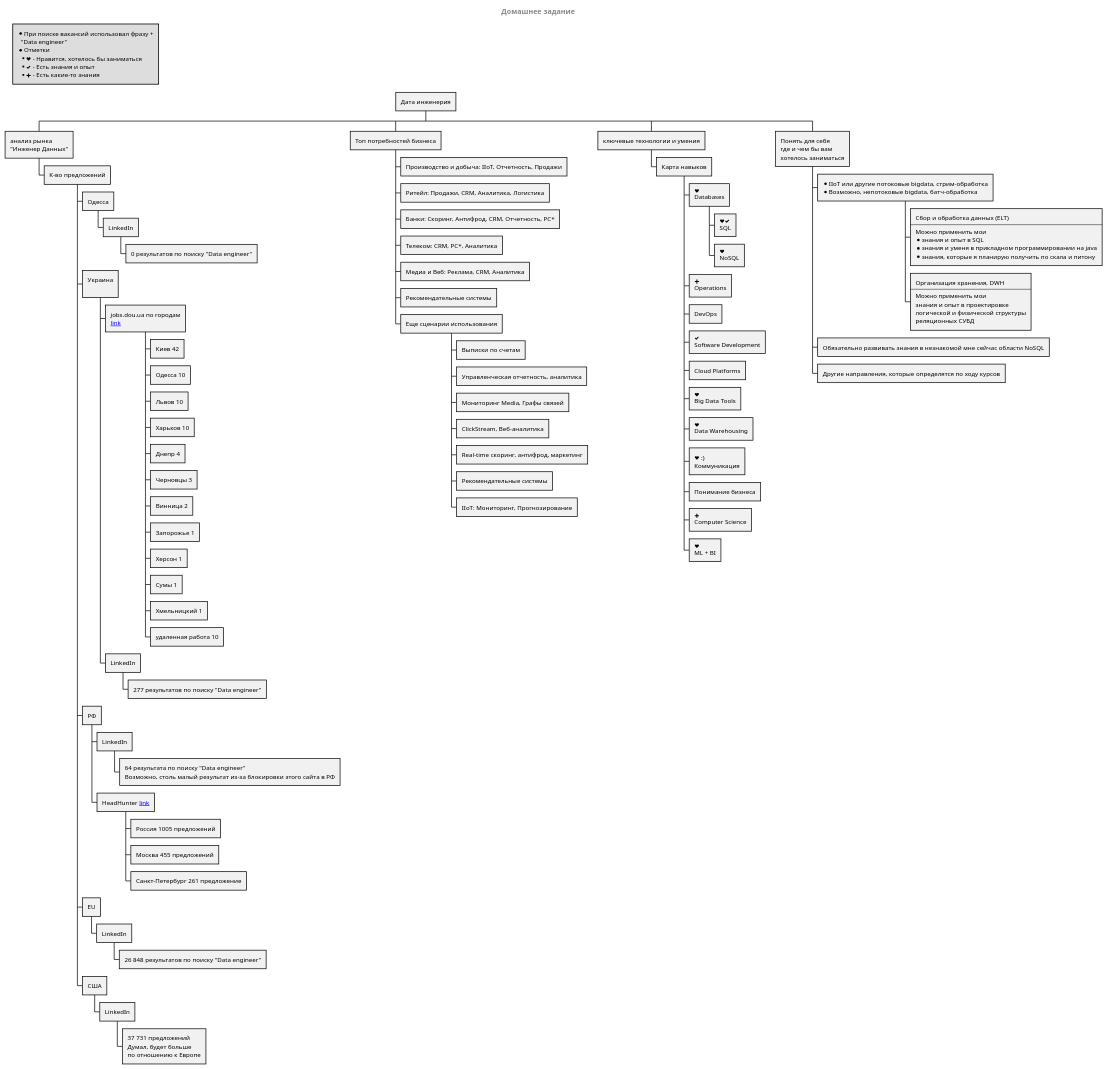
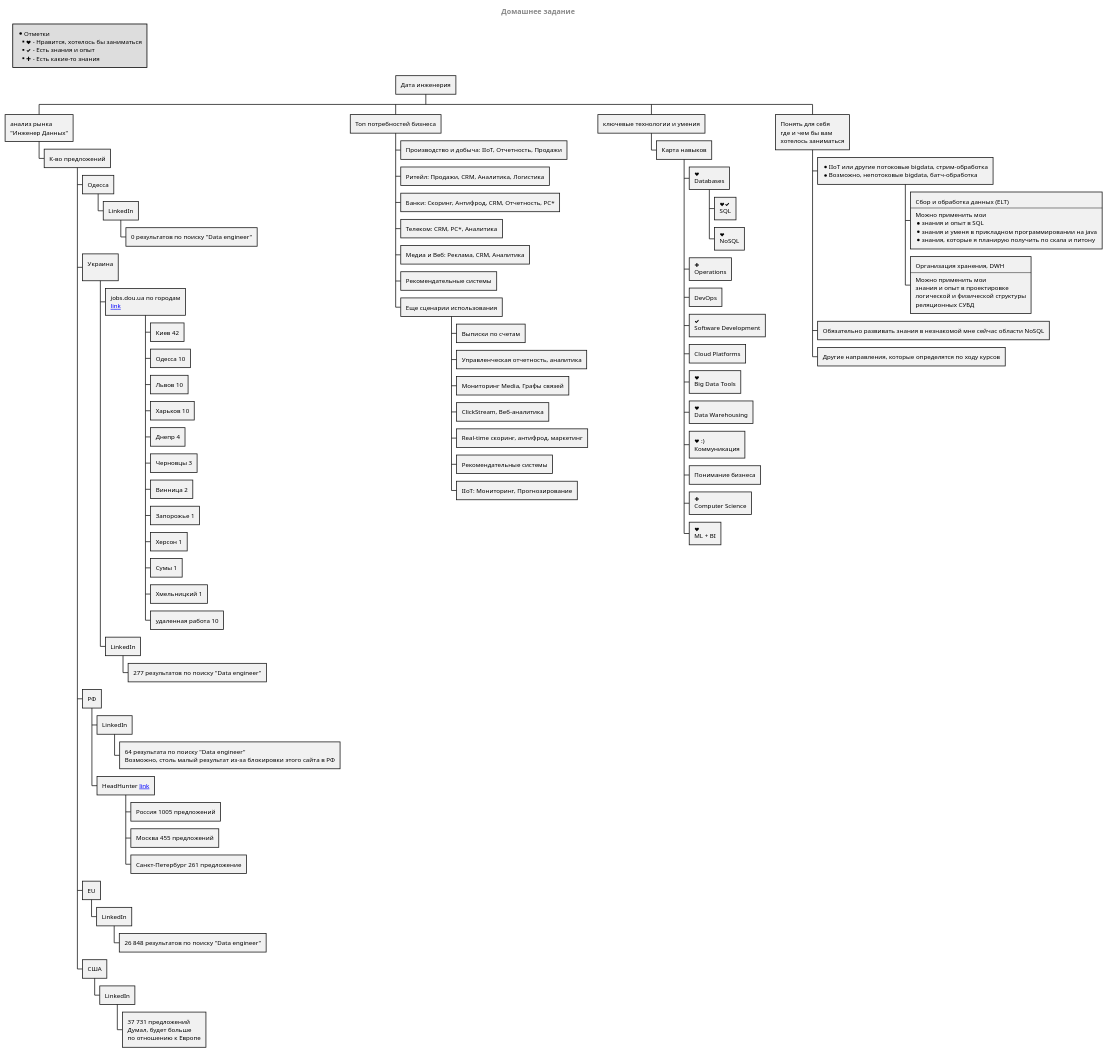
One commit to tol2000/dataengineerclub changed the diagram in home_exercises/ex1/diagram1.puml. Above: the diagram before and after it, drawn with PlantUML. The commit also changed 1 other file, not shown here.

```diff
--- a/home_exercises/ex1/diagram1.puml
+++ b/home_exercises/ex1/diagram1.puml
@@ -1,92 +1,90 @@
 @startwbs
 
 centerheader
 = Домашнее задание
 endheader
 
 legend top left
-* При поиске вакансий использовал фразу +
-  "Data engineer"
 * Отметки
 ** <&heart> - Нравится, хотелось бы заниматься
 ** <&check> - Есть знания и опыт
 ** <&plus> - Есть какие-то знания
 endlegend
 
 * Дата инженерия
 
 ** анализ рынка\n"Инженер Данных"
 *** К-во предложений
 **** Одесса
 ***** LinkedIn
 ****** 0 результатов по поиску "Data engineer"
 **** Украина\n
 ***** jobs.dou.ua по городам\n[[link:https://jobs.dou.ua/vacancies/?category=Data+Science&search=Data+engineer&descr=1 link]]
 ****** Киев 42
 ****** Одесса 10
 ****** Львов 10
 ****** Харьков 10
 ****** Днепр 4
 ****** Черновцы 3
 ****** Винница 2
 ****** Запорожье 1
 ****** Херсон 1
 ****** Сумы 1
 ****** Хмельницкий 1
 ****** удаленная работа 10
 ***** LinkedIn
 ****** 277 результатов по поиску "Data engineer"
 **** РФ
 ***** LinkedIn
 ******  64 результата по поиску "Data engineer"\nВозможно, столь малый результат из-за блокировки этого сайта в РФ
 ***** HeadHunter [[https://hh.ru/search/vacancy?area=1&st=searchVacancy&text=Data+engineer link]]
 ****** Россия 1005 предложений
 ****** Москва 455 предложений
 ****** Санкт-Петербург 261 предложение
 **** EU
 ***** LinkedIn
 ****** 26 848 результатов по поиску "Data engineer"
 **** США
 ***** LinkedIn
 ****** 37 731 предложений\nДумал, будет больше\nпо отношению к Европе
 
 ** Топ потребностей бизнеса
 *** Производство и добыча: IIoT, Отчетность, Продажи
 *** Ритейл: Продажи, CRM, Аналитика, Логистика
 *** Банки: Скоринг, Антифрод, CRM, Отчетность, РС*
 *** Телеком: CRM, РС*, Аналитика
 *** Медиа и Веб: Реклама, CRM, Аналитика
 *** Рекомендательные системы
 *** Еще сценарии использования
 **** Выписки по счетам
 **** Управленческая отчетность, аналитика
 **** Мониторинг Media, Графы связей
 **** ClickStream, Веб-аналитика
 **** Real-time скоринг, антифрод, маркетинг
 **** Рекомендательные системы
 **** IIoT: Мониторинг, Прогнозирование
 
 ** ключевые технологии и умения
 *** Карта навыков
 **** <&heart>\nDatabases
 ***** <&heart><&check>\nSQL
 ***** <&heart>\nNoSQL
 **** <&plus>\nOperations
 **** DevOps
 **** <&check>\nSoftware Development
 **** Cloud Platforms
 **** <&heart>\nBig Data Tools
 **** <&heart>\nData Warehousing
 **** <&heart> :)\nКоммуникация
 **** Понимание бизнеса
 **** <&plus>\nComputer Science
 **** <&heart>\nML + BI
 
 ** Понять для себя\nгде и чем бы вам\nхотелось заниматься
 *** * IIoT или другие потоковые bigdata, стрим-обработка\n* Возможно, непотоковые bigdata, батч-обработка
 **** Cбор и обработка данных (ELT)\n----\nМожно применить мои\n* знания и опыт в SQL\n* знания и уменя в прикладном программировании на java\n* знания, которые я планирую получить по скала и питону
 **** Организация хранения, DWH\n----\nМожно применить мои\nзнания и опыт в проектировке\nлогической и физической структуры\nреляционных СУБД
 *** Обязательно развивать знания в незнакомой мне сейчас области NoSQL
 *** Другие направления, которые определятся по ходу курсов
 
 @endwbs
```
